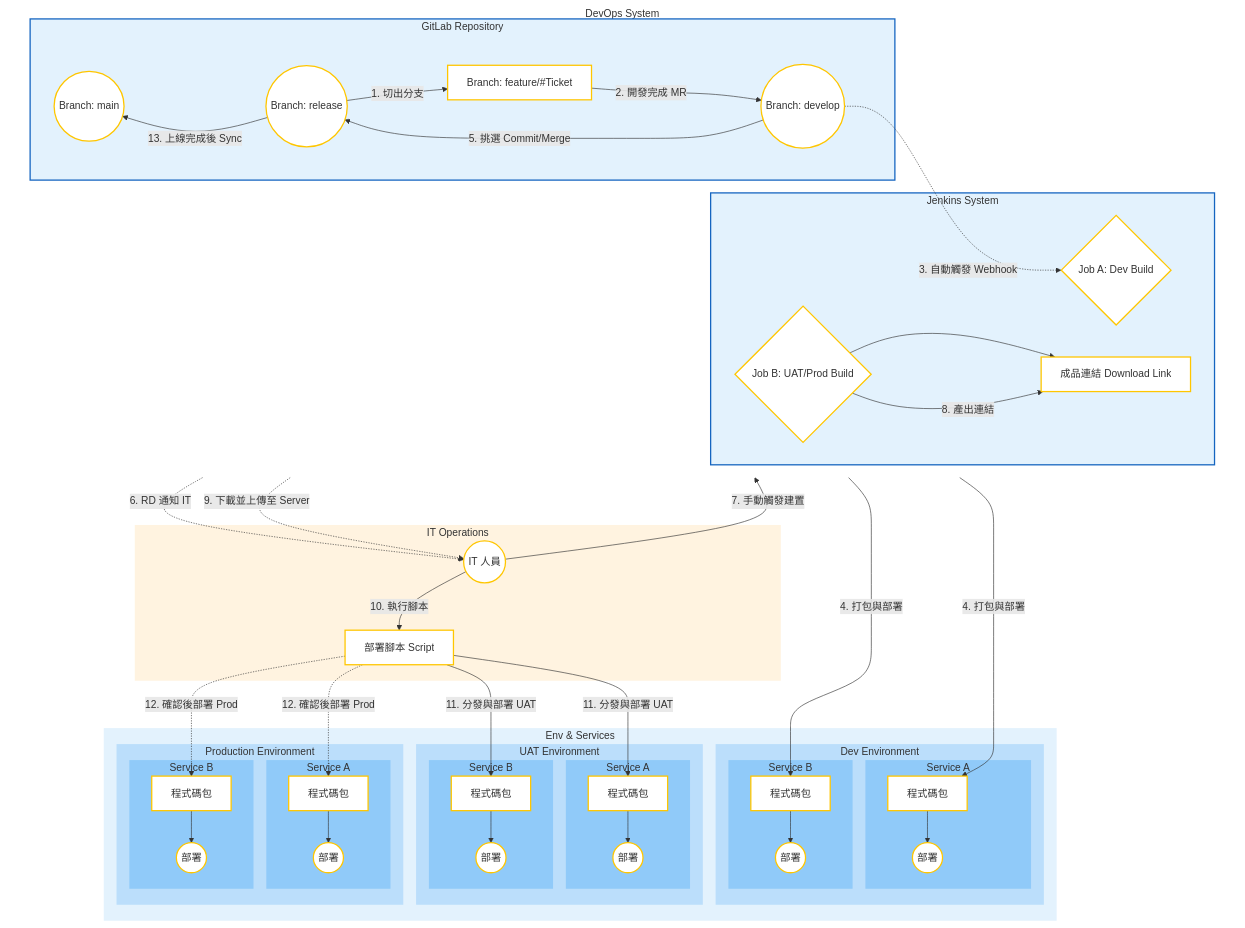
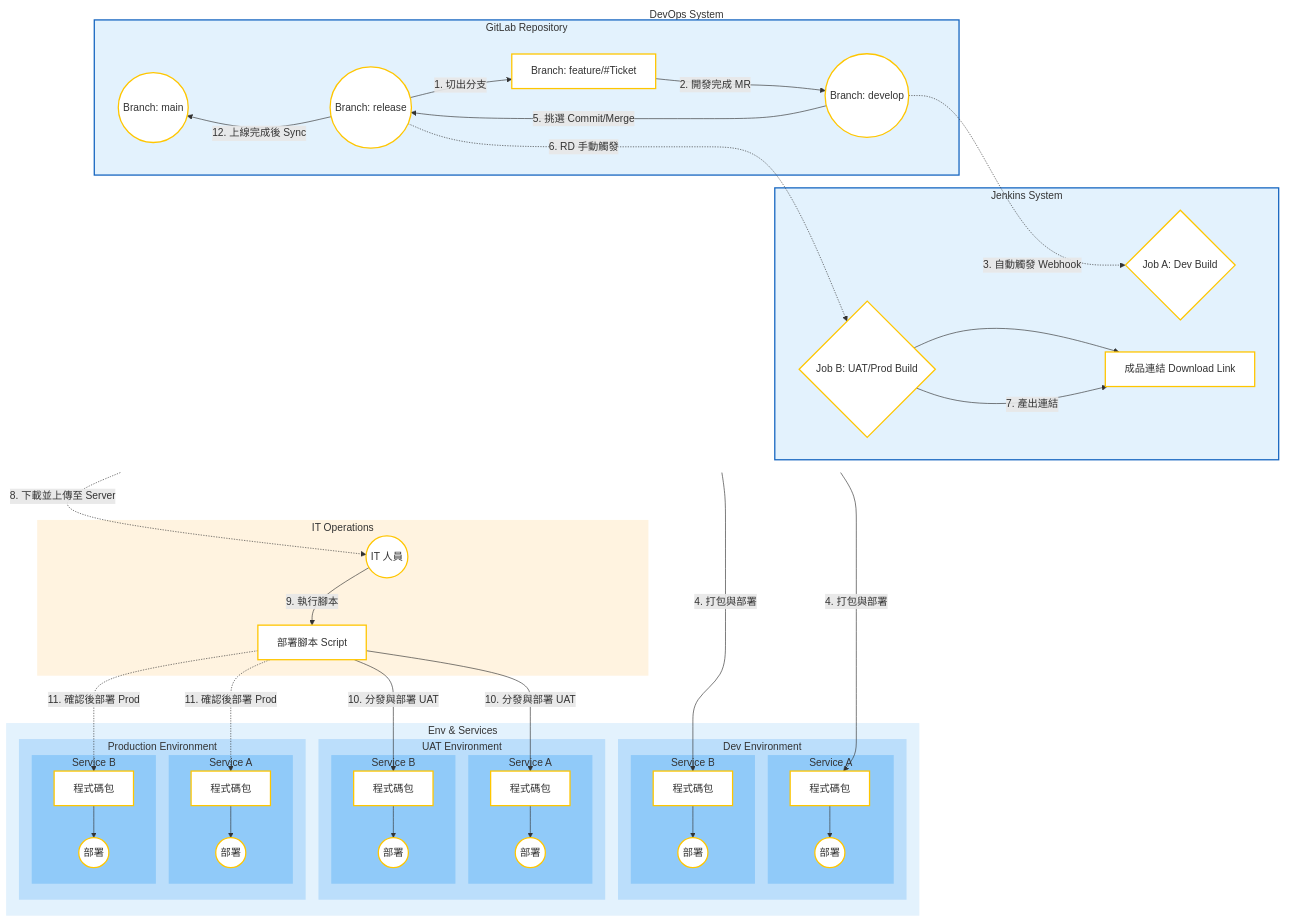
One commit to almightyken0425/KnowledgeVault changed the second of 2 diagrams in SIT/ReleaseWorkFlow.md. Above: the diagram before and after it, drawn with Mermaid. The commit also changed other lines of this file, not shown here.

```diff
--- a/SIT/ReleaseWorkFlow.md
+++ b/SIT/ReleaseWorkFlow.md
@@ -128,19 +128,18 @@
     JobA --->|4. 打包與部署| DevPkgA & DevPkgB
     
     Develop -->|5. 挑選 Commit/Merge| Release
-    Release -.->|6. RD 通知 IT| ITUser
+    Release -.->|6. RD 手動觸發| JobB
     
-    ITUser -->|7. 手動觸發建置| JobB
-    JobB -->|8. 產出連結| Artifact
+    JobB -->|7. 產出連結| Artifact
     
-    Artifact -.->|9. 下載並上傳至 Server| ITUser
-    ITUser -->|10. 執行腳本| DeployScript
+    Artifact -.->|8. 下載並上傳至 Server| ITUser
+    ITUser -->|9. 執行腳本| DeployScript
     
-    DeployScript -->|11. 分發與部署 UAT| UATPkgA & UATPkgB
+    DeployScript -->|10. 分發與部署 UAT| UATPkgA & UATPkgB
     
-    DeployScript -.->|12. 確認後部署 Prod| ProdPkgA & ProdPkgB
+    DeployScript -.->|11. 確認後部署 Prod| ProdPkgA & ProdPkgB
 
-    Release -->|13. 上線完成後 Sync| Main
+    Release -->|12. 上線完成後 Sync| Main
 
     %% 佈局調整用隱藏線 Layout Helpers
     %% 強制將 Operations 推到 DevOps 下方
```
